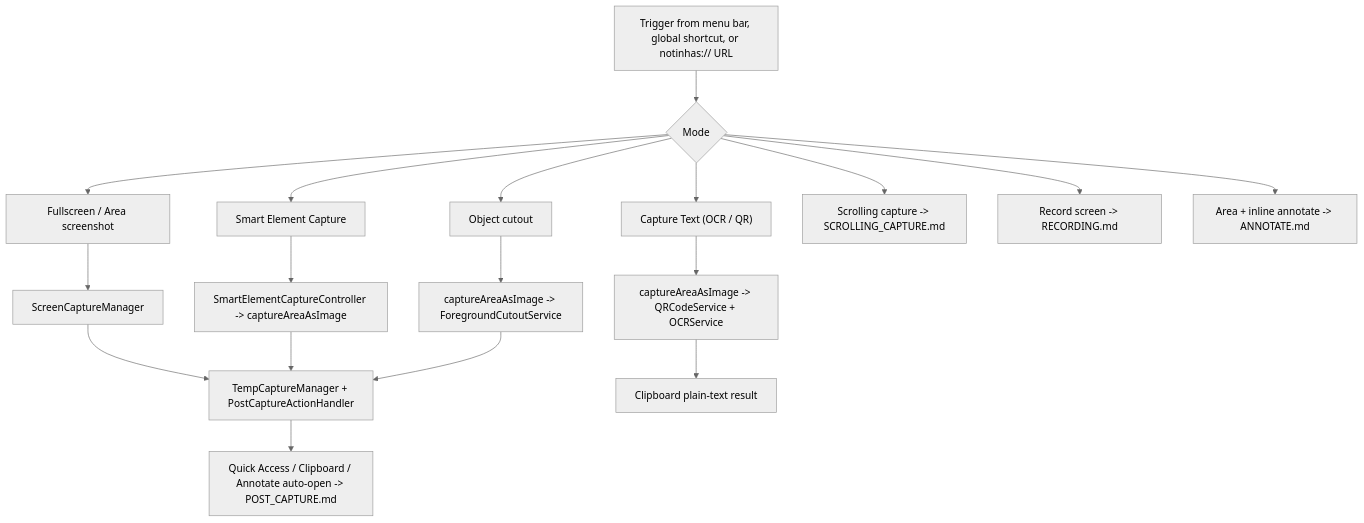
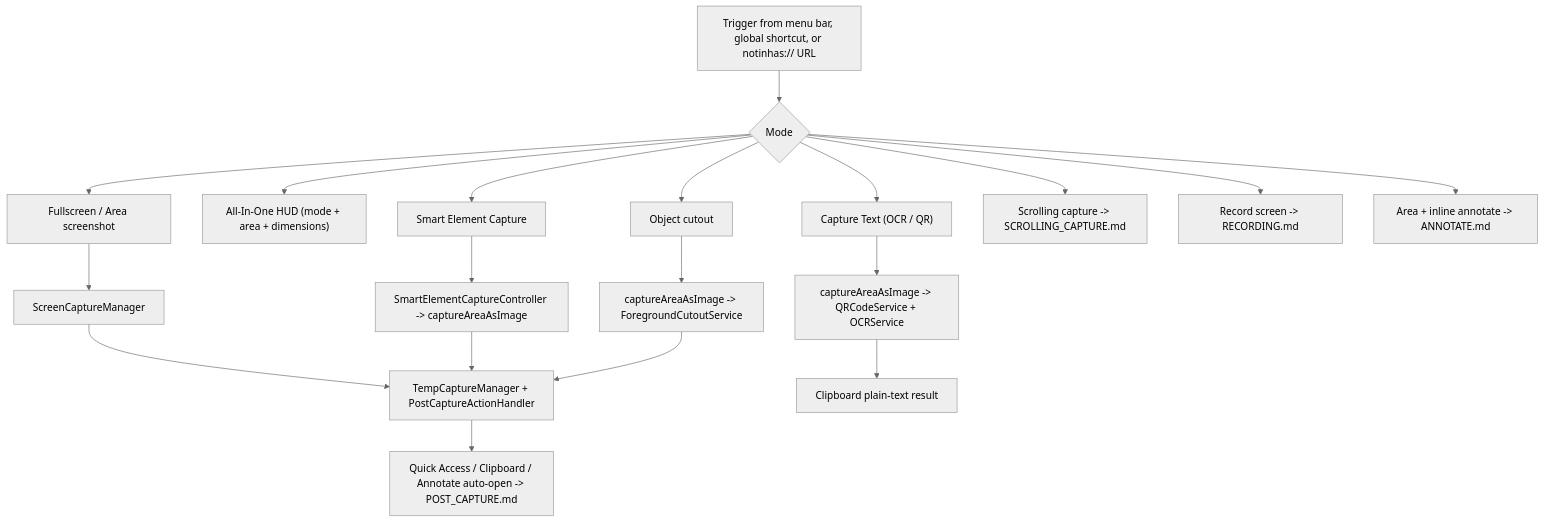
One commit to mourato/Notinhas changed the first of 2 diagrams in docs/CAPTURE.md. Above: the diagram before and after it, drawn with Mermaid (neutral theme). The commit also changed other lines of this file and 22 other files, not shown here.

First line of the commit message:
feat: ship All-In-One capture session with HUD, shortcut, and deeplink

````diff
--- a/docs/CAPTURE.md
+++ b/docs/CAPTURE.md
@@ -9,25 +9,26 @@
 ```mermaid
 flowchart TD
     A["Trigger from menu bar, global shortcut, or notinhas:// URL"] --> B{"Mode"}
 
     B --> C["Fullscreen / Area screenshot"]
+    B --> AIO["All-In-One HUD (mode + area + dimensions)"]
     B --> E["Capture Text (OCR / QR)"]
     B --> F["Smart Element Capture"]
     B --> G["Object cutout"]
     B --> D["Scrolling capture -> SCROLLING_CAPTURE.md"]
     B --> R0["Record screen -> RECORDING.md"]
     B --> IA["Area + inline annotate -> ANNOTATE.md"]
 
     C --> H["ScreenCaptureManager"]
     E --> J["captureAreaAsImage -> QRCodeService + OCRService"]
     F --> K["SmartElementCaptureController -> captureAreaAsImage"]
     G --> L["captureAreaAsImage -> ForegroundCutoutService"]
 
     H --> M["TempCaptureManager + PostCaptureActionHandler"]
     K --> M
     L --> M
 
     J --> N["Clipboard plain-text result"]
 
     M --> O["Quick Access / Clipboard / Annotate auto-open -> POST_CAPTURE.md"]
 ```
````
